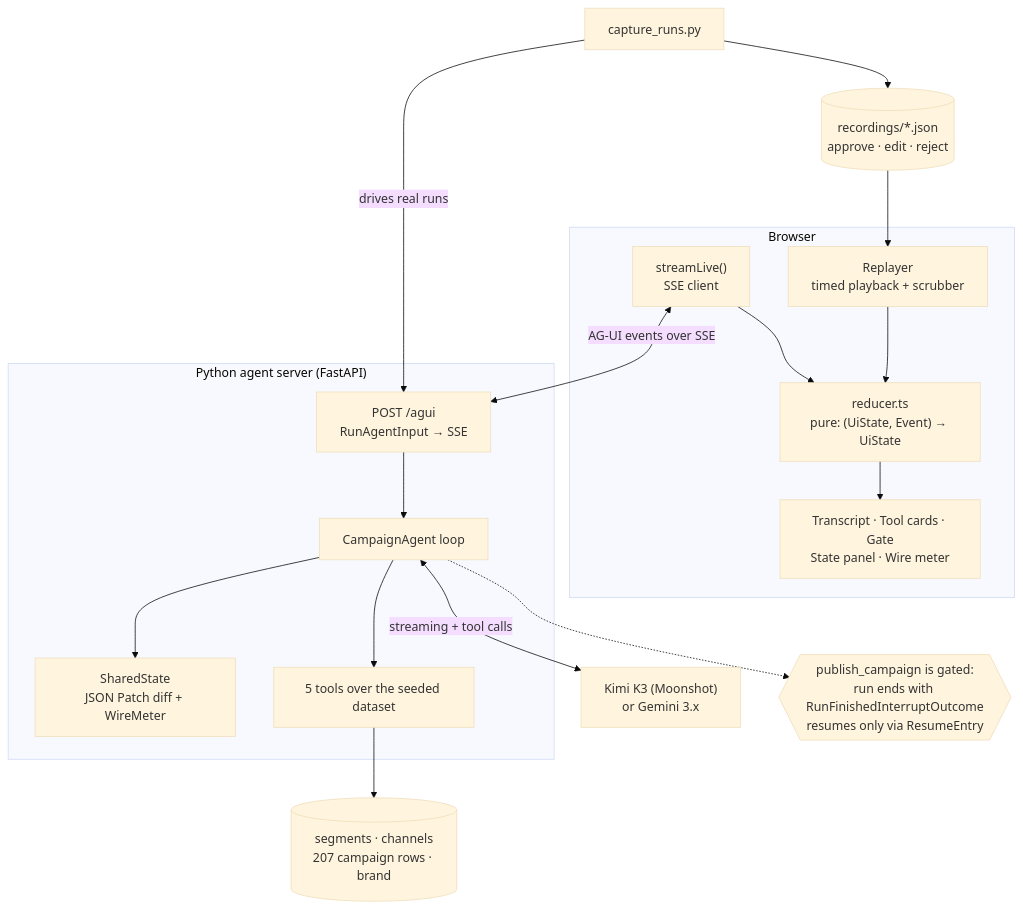
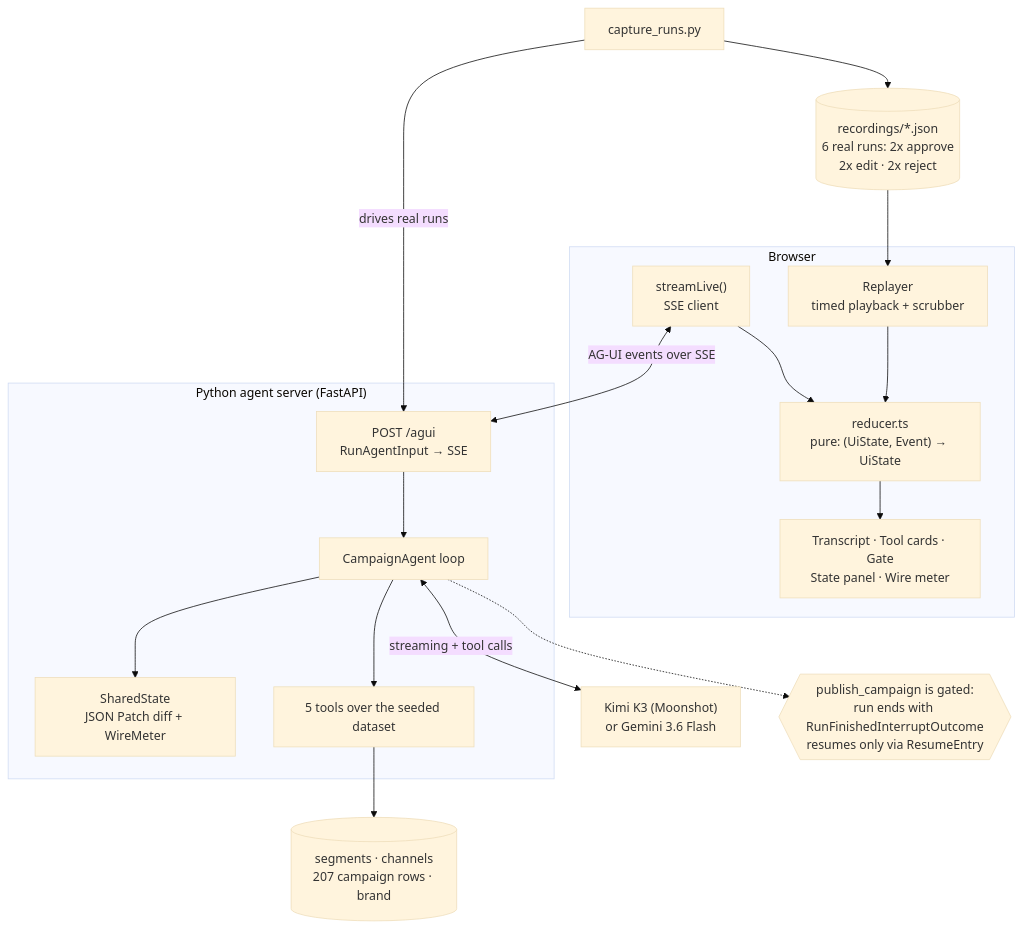
Before and after one commit to carlosrymer/ag-ui-campaign-copilot: the diagram in ARCHITECTURE.md, drawn with Mermaid (base theme). The commit also changed other lines of this file and 9 other files, not shown here.

First line of the commit message:
Add three more real recorded runs, captured on Gemini 3.6 Flash

````diff
--- a/ARCHITECTURE.md
+++ b/ARCHITECTURE.md
@@ -27,38 +27,38 @@
 ```mermaid
 flowchart TB
     subgraph client["Browser"]
         RED["reducer.ts<br/>pure: (UiState, Event) → UiState"]
         UI["Transcript · Tool cards · Gate<br/>State panel · Wire meter"]
         LIVE["streamLive()<br/>SSE client"]
         REP["Replayer<br/>timed playback + scrubber"]
         LIVE --> RED
         REP --> RED
         RED --> UI
     end
 
     subgraph server["Python agent server (FastAPI)"]
         EP["POST /agui<br/>RunAgentInput → SSE"]
         LOOP["CampaignAgent loop"]
         ST["SharedState<br/>JSON Patch diff + WireMeter"]
         TOOLS["5 tools over the seeded dataset"]
         EP --> LOOP
         LOOP --> ST
         LOOP --> TOOLS
     end
 
     DATA[("segments · channels<br/>207 campaign rows · brand")]
-    MODEL["Kimi K3 (Moonshot)<br/>or Gemini 3.x"]
+    MODEL["Kimi K3 (Moonshot)<br/>or Gemini 3.6 Flash"]
 
     TOOLS --> DATA
     LOOP <-->|"streaming + tool calls"| MODEL
     LIVE <-->|"AG-UI events over SSE"| EP
 
     CAP["capture_runs.py"]
-    REC[("recordings/*.json<br/>approve · edit · reject")]
+    REC[("recordings/*.json<br/>6 real runs: 2x approve<br/>2x edit · 2x reject")]
     CAP -->|"drives real runs"| EP
     CAP --> REC
     REC --> REP
 
     GATE{{"publish_campaign is gated:<br/>run ends with RunFinishedInterruptOutcome<br/>resumes only via ResumeEntry"}}
     LOOP -.-> GATE
 ```
````
